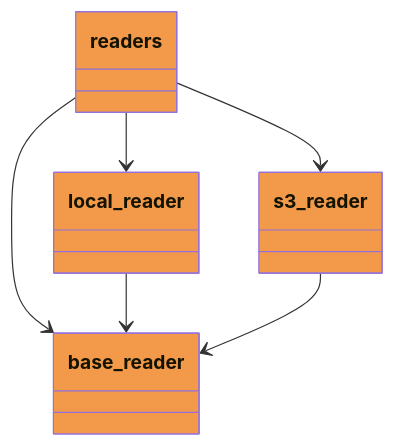
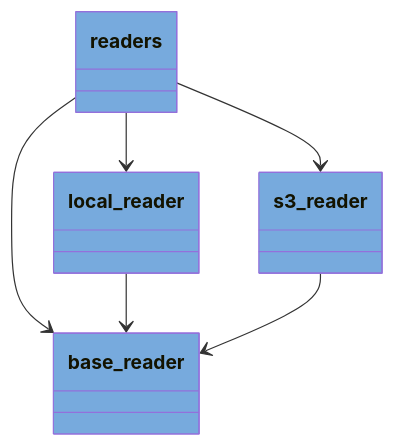
Before and after one commit to voidsy-gmbh/pyThermoNDT: the diagram in docs/pyreverse/mermaid/packages_pythermondt.readers.mmd, drawn with Mermaid. The commit also changed 59 other files, not shown here.

Commit message:
Update mermaid diagrams

```diff
--- a/docs/pyreverse/mermaid/packages_pythermondt.readers.mmd
+++ b/docs/pyreverse/mermaid/packages_pythermondt.readers.mmd
@@ -1,18 +1,18 @@
 classDiagram
   class readers {
   }
-  style readers fill:#F2994A
+  style readers fill:#77AADD
   class base_reader {
   }
-  style base_reader fill:#F2994A
+  style base_reader fill:#77AADD
   class local_reader {
   }
-  style local_reader fill:#F2994A
+  style local_reader fill:#77AADD
   class s3_reader {
   }
-  style s3_reader fill:#F2994A
+  style s3_reader fill:#77AADD
   readers --> base_reader
   readers --> local_reader
   readers --> s3_reader
   local_reader --> base_reader
   s3_reader --> base_reader
```
